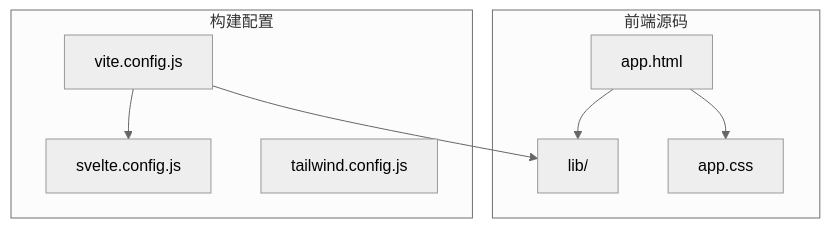
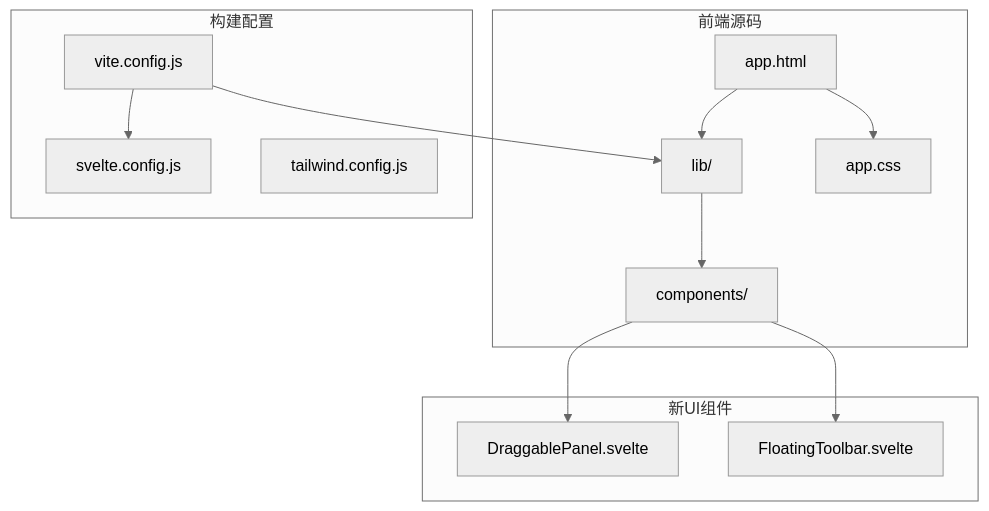
Before and after one commit to yjydmlh/turtle: the first of 9 diagrams in .qoder/repowiki/zh/content/前端架构/前端组件架构/前端组件架构.md, drawn with Mermaid (neutral theme). The commit also changed other lines of this file and 21 other files, not shown here.

````diff
--- a/.qoder/repowiki/zh/content/前端架构/前端组件架构/前端组件架构.md
+++ b/.qoder/repowiki/zh/content/前端架构/前端组件架构/前端组件架构.md
@@ -29,17 +40,25 @@
 ```mermaid
 graph TB
 subgraph "前端源码"
 app_html[app.html]
 lib[lib/]
 css[app.css]
+components[components/]
 end
 subgraph "构建配置"
 vite[vite.config.js]
 svelte[svelte.config.js]
 tailwind[tailwind.config.js]
 end
+subgraph "新UI组件"
+draggable[DraggablePanel.svelte]
+toolbar[FloatingToolbar.svelte]
+end
 app_html --> lib
 app_html --> css
+lib --> components
+components --> draggable
+components --> toolbar
 vite --> svelte
 vite --> lib
 ```
````
